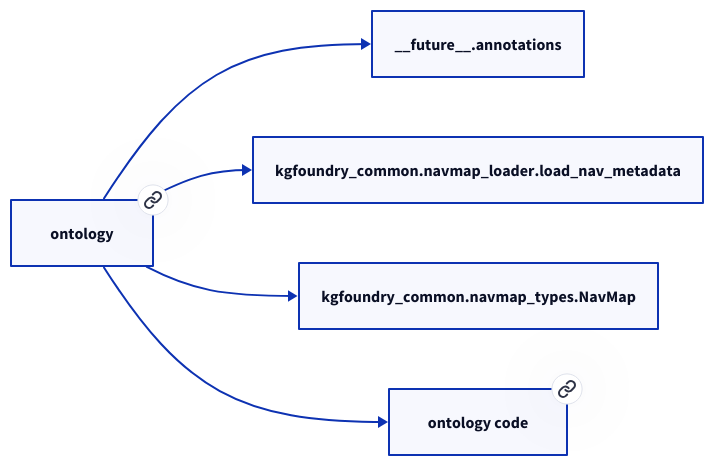
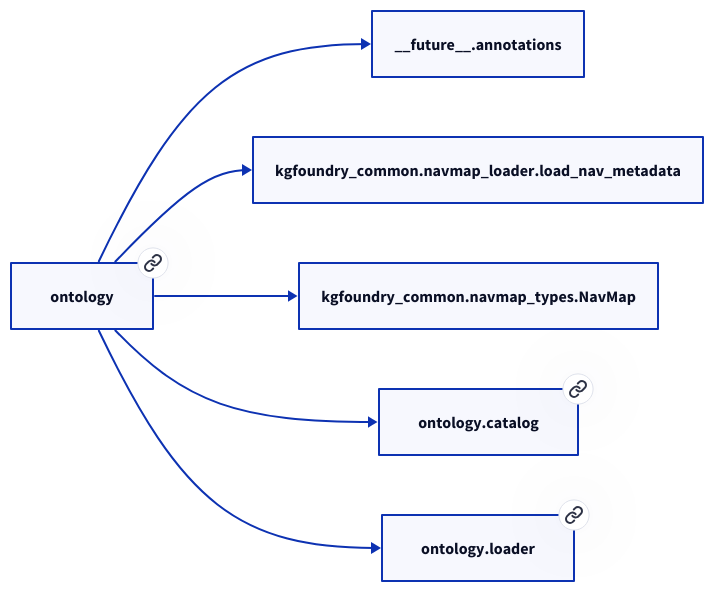
The diagram in docs/modules/ontology.md (paul-heyse/kgforge), drawn with D2 before and after one commit. The commit also changed other lines of this file and 208 other files, not shown here.

````diff
--- a/docs/modules/ontology.md
+++ b/docs/modules/ontology.md
@@ -17,12 +21,14 @@
 ```d2
 direction: right
-"ontology": "ontology" { link: "./ontology.md" }
+"ontology": "ontology" { link: "https://github.com/paul-heyse/kgfoundry/blob/main/src/ontology/__init__.py" }
 "__future__.annotations": "__future__.annotations"
 "ontology" -> "__future__.annotations"
 "kgfoundry_common.navmap_loader.load_nav_metadata": "kgfoundry_common.navmap_loader.load_nav_metadata"
 "ontology" -> "kgfoundry_common.navmap_loader.load_nav_metadata"
 "kgfoundry_common.navmap_types.NavMap": "kgfoundry_common.navmap_types.NavMap"
 "ontology" -> "kgfoundry_common.navmap_types.NavMap"
-"ontology_code": "ontology code" { link: "https://github.com/kgfoundry/kgfoundry/blob/main/src/ontology/__init__.py" }
-"ontology" -> "ontology_code" { style: dashed }
+"ontology.catalog": "ontology.catalog" { link: "https://github.com/paul-heyse/kgfoundry/blob/main/src/ontology/catalog.py" }
+"ontology" -> "ontology.catalog" { style: dashed }
+"ontology.loader": "ontology.loader" { link: "https://github.com/paul-heyse/kgfoundry/blob/main/src/ontology/loader.py" }
+"ontology" -> "ontology.loader" { style: dashed }
 ```
````
